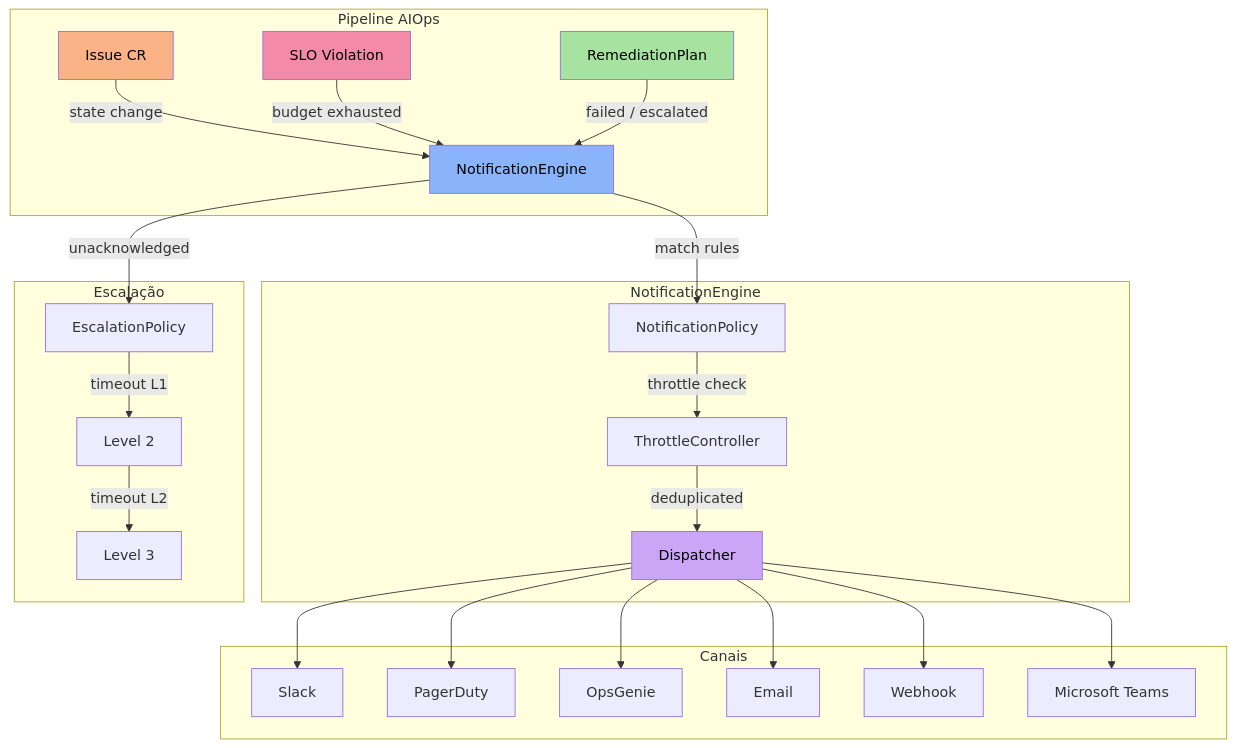
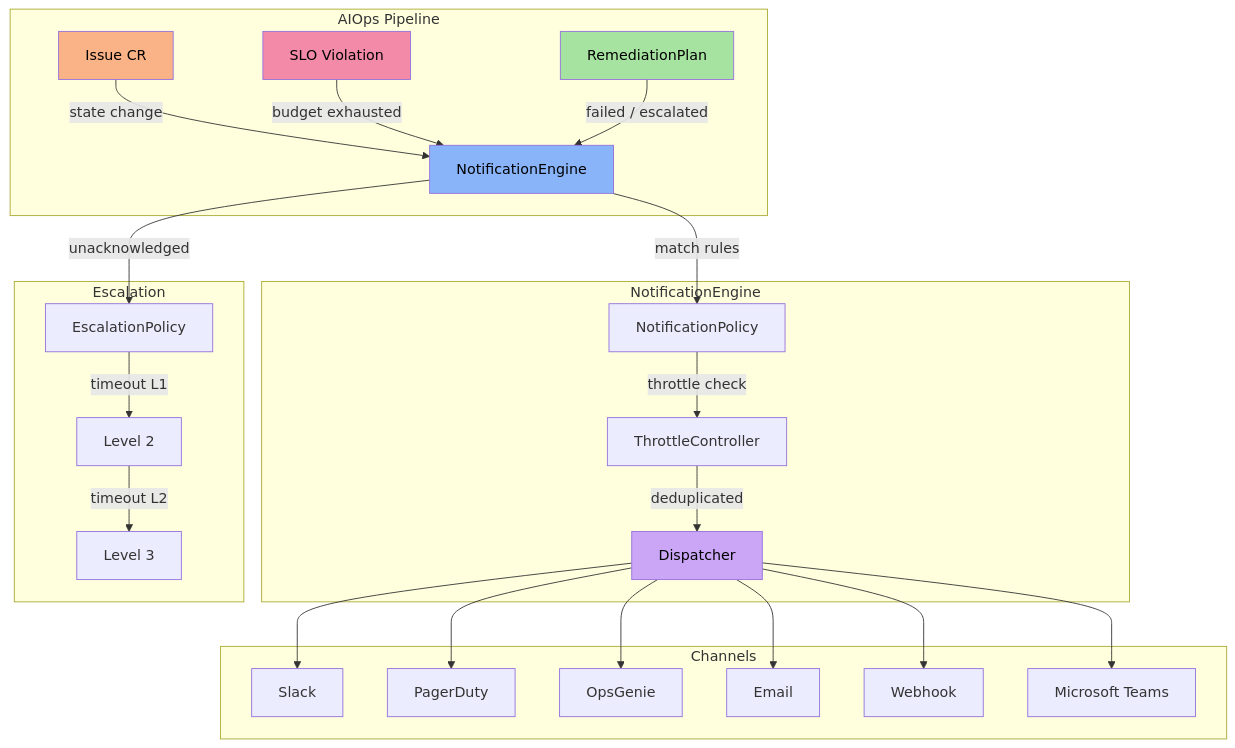
Before and after one commit to diillson/chatcli.ai: the first of 2 diagrams in features/aiops/notifications.mdx, drawn with Mermaid. The commit also changed other lines of this file and 500 other files, not shown here.

````diff
--- a/features/aiops/notifications.mdx
+++ b/features/aiops/notifications.mdx
@@ -14,35 +14,35 @@
 ```mermaid
 graph TD
-    subgraph "Pipeline AIOps"
+    subgraph "AIOps Pipeline"
         ISS[Issue CR] -->|state change| NE[NotificationEngine]
         SLO[SLO Violation] -->|budget exhausted| NE
         RP[RemediationPlan] -->|failed / escalated| NE
     end
 
     subgraph "NotificationEngine"
         NE -->|match rules| NP[NotificationPolicy]
         NP -->|throttle check| TC[ThrottleController]
         TC -->|deduplicated| DISPATCH[Dispatcher]
     end
 
-    subgraph "Canais"
+    subgraph "Channels"
         DISPATCH --> SLACK[Slack]
         DISPATCH --> PD[PagerDuty]
         DISPATCH --> OG[OpsGenie]
         DISPATCH --> EMAIL[Email]
         DISPATCH --> WH[Webhook]
         DISPATCH --> TEAMS[Microsoft Teams]
     end
 
-    subgraph "Escalação"
+    subgraph "Escalation"
         NE -->|unacknowledged| EP[EscalationPolicy]
         EP -->|timeout L1| L2[Level 2]
         L2 -->|timeout L2| L3[Level 3]
     end
 
     style ISS fill:#fab387,color:#000
     style SLO fill:#f38ba8,color:#000
     style RP fill:#a6e3a1,color:#000
     style NE fill:#89b4fa,color:#000
     style DISPATCH fill:#cba6f7,color:#000
 ```
````
